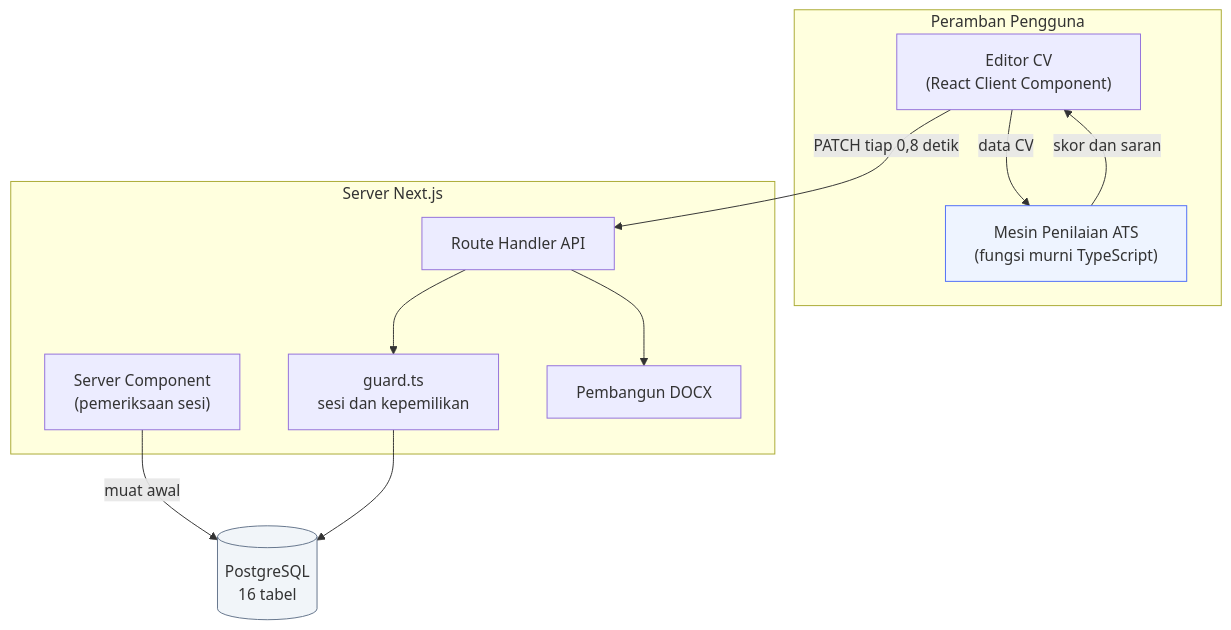
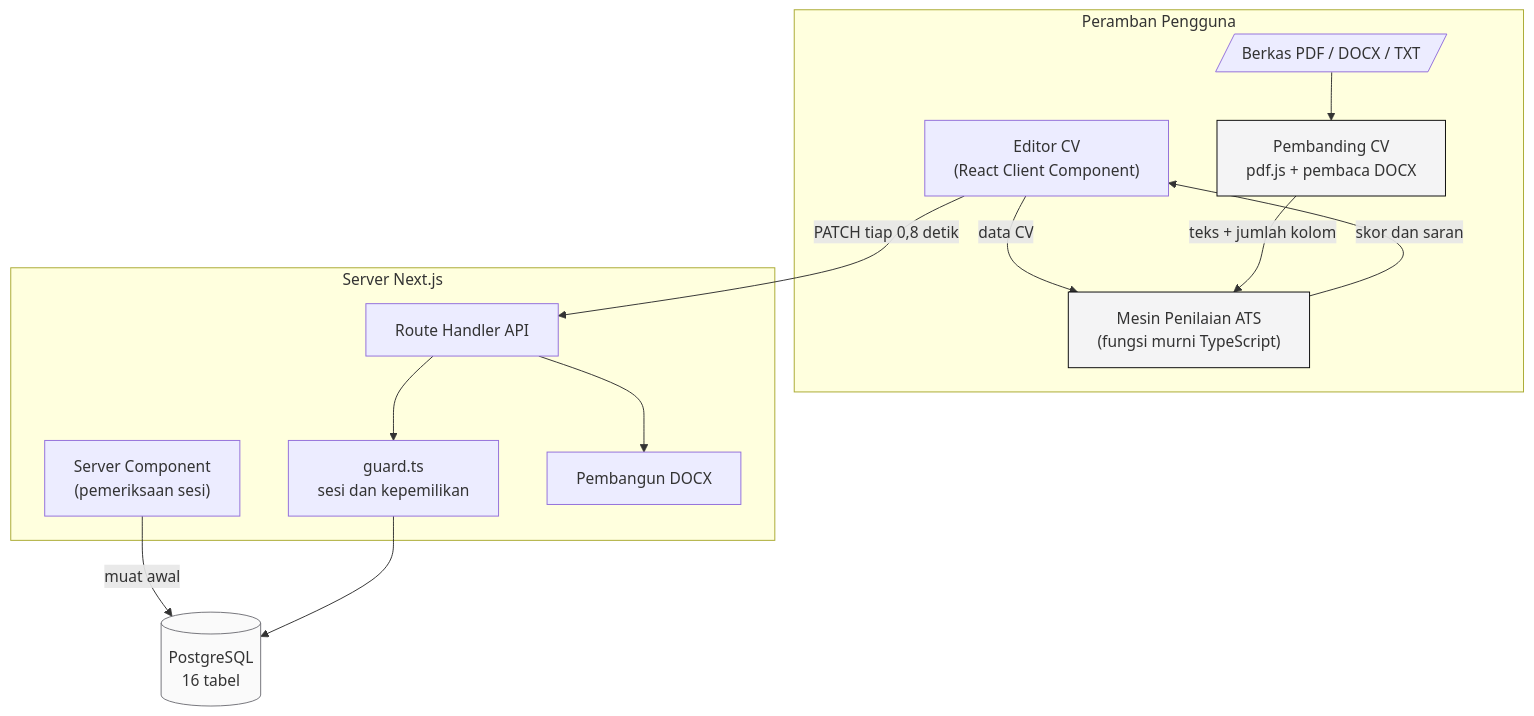
Before and after one commit to Zaky-Data-Science/cv-ats-builder: the first of 5 diagrams in docs/dokumentasi-teknis.md, drawn with Mermaid. The commit also changed other lines of this file and 126 other files, not shown here.

````diff
--- a/docs/dokumentasi-teknis.md
+++ b/docs/dokumentasi-teknis.md
@@ -13,27 +21,32 @@
 ```mermaid
 flowchart TB
     subgraph Peramban["Peramban Pengguna"]
         UI["Editor CV<br/>(React Client Component)"]
         MESIN["Mesin Penilaian ATS<br/>(fungsi murni TypeScript)"]
+        BANDING["Pembanding CV<br/>pdf.js + pembaca DOCX"]
+        BERKAS[/"Berkas PDF / DOCX / TXT"/]
         UI -->|"data CV"| MESIN
         MESIN -->|"skor dan saran"| UI
+        BERKAS --> BANDING
+        BANDING -->|"teks + jumlah kolom"| MESIN
     end
 
     subgraph Server["Server Next.js"]
         RSC["Server Component<br/>(pemeriksaan sesi)"]
         API["Route Handler API"]
         GUARD["guard.ts<br/>sesi dan kepemilikan"]
         DOCX["Pembangun DOCX"]
         API --> GUARD
         API --> DOCX
     end
 
     DB[("PostgreSQL<br/>16 tabel")]
 
     UI -->|"PATCH tiap 0,8 detik"| API
     RSC -->|"muat awal"| DB
     GUARD --> DB
 
-    style MESIN fill:#eef4ff,stroke:#4f6ef7
-    style DB fill:#f1f5f9,stroke:#64748b
+    style MESIN fill:#f4f4f5,stroke:#0a0a0b
+    style BANDING fill:#f4f4f5,stroke:#0a0a0b
+    style DB fill:#fafafa,stroke:#74747a
 ```
````
